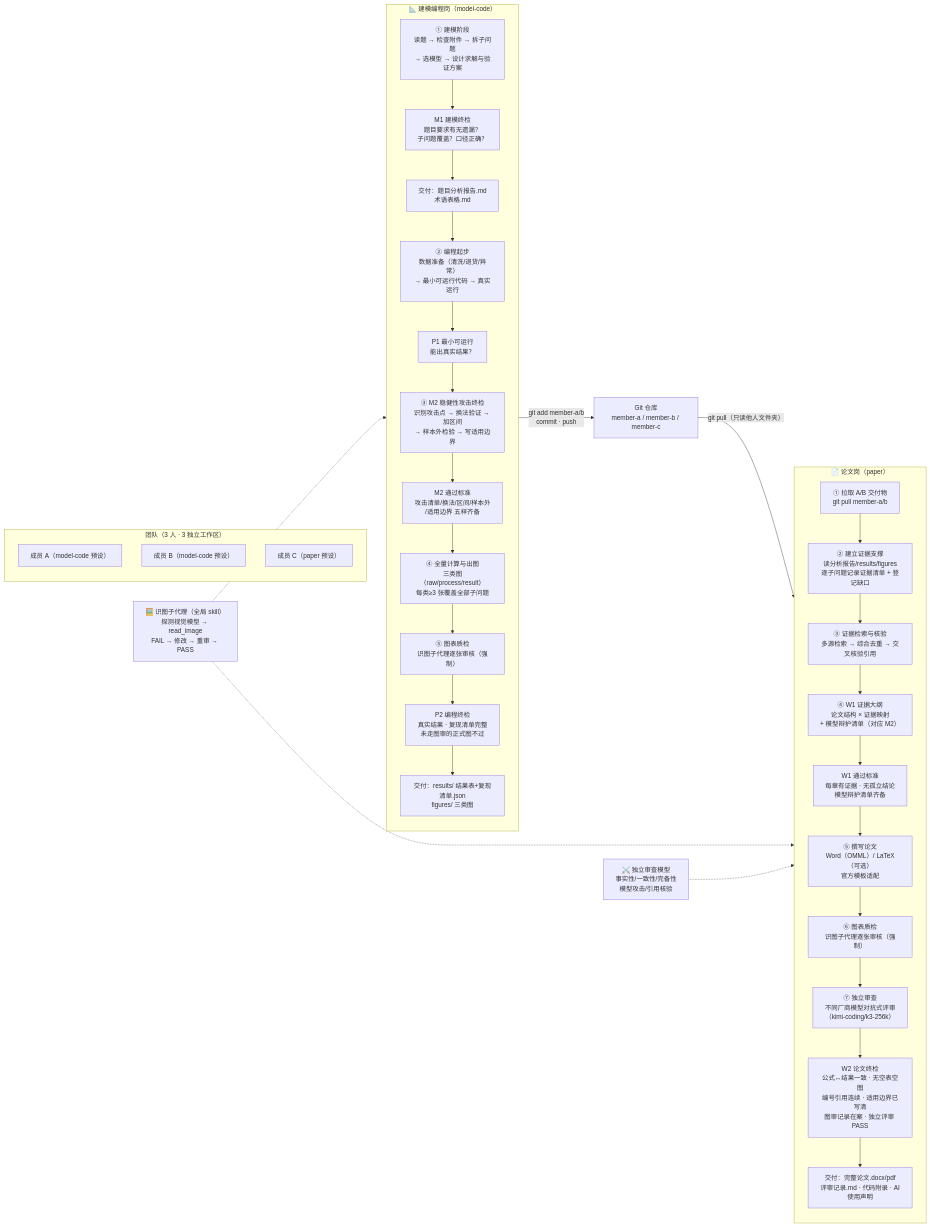
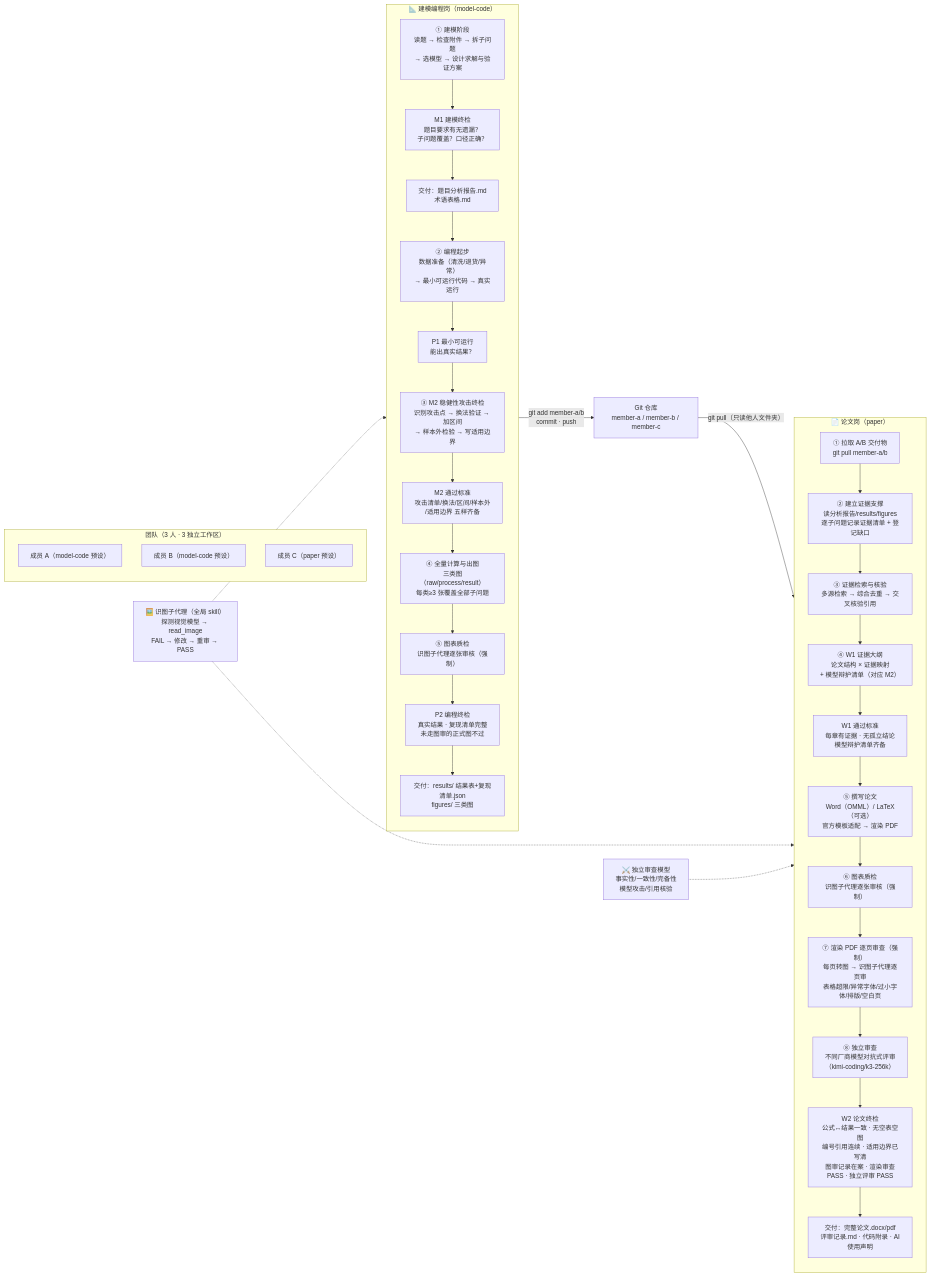
The diagram in README.md (OrinVoss/dsh-math-team), drawn with Mermaid before and after one commit. The commit also changed other lines of this file and 1 other file, not shown here.

Commit message:
docs: README 流程图/门禁表/贯穿能力补充渲染PDF逐页审查 (中英双语)

````diff
--- a/README.md
+++ b/README.md
@@ -106,48 +106,49 @@
 ```mermaid
 flowchart LR
     subgraph team["团队（3 人 · 3 独立工作区）"]
         direction TB
         A["成员 A（model-code 预设）"]
         B["成员 B（model-code 预设）"]
         C["成员 C（paper 预设）"]
     end
 
     subgraph mc["📐 建模编程岗（model-code）"]
         direction TB
         S1["① 建模阶段<br/>读题 → 检查附件 → 拆子问题<br/>→ 选模型 → 设计求解与验证方案"]
         G1["M1 建模终检<br/>题目要求有无遗漏？<br/>子问题覆盖？口径正确？"]
         D1["交付：题目分析报告.md<br/>术语表格.md"]
         S2["② 编程起步<br/>数据准备（清洗/退货/异常）<br/>→ 最小可运行代码 → 真实运行"]
         G2["P1 最小可运行<br/>能出真实结果？"]
         S3["③ M2 稳健性攻击终检<br/>识别攻击点 → 换法验证 → 加区间<br/>→ 样本外检验 → 写适用边界"]
         G3["M2 通过标准<br/>攻击清单/换法/区间/样本外<br/>/适用边界 五样齐备"]
         S4["④ 全量计算与出图<br/>三类图（raw/process/result）<br/>每类≥3 张覆盖全部子问题"]
         S5["⑤ 图表质检<br/>识图子代理逐张审核（强制）"]
         G4["P2 编程终检<br/>真实结果 · 复现清单完整<br/>未走图审的正式图不过"]
         D2["交付：results/ 结果表+复现清单.json<br/>figures/ 三类图"]
         S1 --> G1 --> D1 --> S2 --> G2 --> S3 --> G3 --> S4 --> S5 --> G4 --> D2
     end
 
     subgraph pp["📄 论文岗（paper）"]
         direction TB
         T1["① 拉取 A/B 交付物<br/>git pull member-a/b"]
         T2["② 建立证据支撑<br/>读分析报告/results/figures<br/>逐子问题记录证据清单 + 登记缺口"]
         T3["③ 证据检索与核验<br/>多源检索 → 综合去重 → 交叉核验引用"]
         T4["④ W1 证据大纲<br/>论文结构 × 证据映射<br/>+ 模型辩护清单（对应 M2）"]
         G5["W1 通过标准<br/>每章有证据 · 无孤立结论<br/>模型辩护清单齐备"]
-        T5["⑤ 撰写论文<br/>Word（OMML）/ LaTeX（可选）<br/>官方模板适配"]
+        T5["⑤ 撰写论文<br/>Word（OMML）/ LaTeX（可选）<br/>官方模板适配 → 渲染 PDF"]
         T6["⑥ 图表质检<br/>识图子代理逐张审核（强制）"]
-        T7["⑦ 独立审查<br/>不同厂商模型对抗式评审<br/>（kimi-coding/k3-256k）"]
-        G6["W2 论文终检<br/>公式↔结果一致 · 无空表空图<br/>编号引用连续 · 适用边界已写清<br/>图审记录在案 · 独立评审 PASS"]
+        T6b["⑦ 渲染 PDF 逐页审查（强制）<br/>每页转图 → 识图子代理逐页审<br/>表格超限/异常字体/过小字体/排版/空白页"]
+        T7["⑧ 独立审查<br/>不同厂商模型对抗式评审<br/>（kimi-coding/k3-256k）"]
+        G6["W2 论文终检<br/>公式↔结果一致 · 无空表空图<br/>编号引用连续 · 适用边界已写清<br/>图审记录在案 · 渲染审查PASS · 独立评审 PASS"]
         D3["交付：完整论文.docx/pdf<br/>评审记录.md · 代码附录 · AI使用声明"]
-        T1 --> T2 --> T3 --> T4 --> G5 --> T5 --> T6 --> T7 --> G6 --> D3
+        T1 --> T2 --> T3 --> T4 --> G5 --> T5 --> T6 --> T6b --> T7 --> G6 --> D3
     end
 
     D2 -->|"git add member-a/b<br/>commit · push"| REPO["Git 仓库<br/>member-a / member-b / member-c"]
     REPO -->|"git pull（只读他人文件夹）"| T1
     V1["🖼️ 识图子代理（全局 skill）<br/>探测视觉模型 → read_image<br/>FAIL → 修改 → 重审 → PASS"]
     V2["⚔️ 独立审查模型<br/>事实性/一致性/完备性<br/>模型攻击/引用核验"]
     V1 -.-> S5
     V1 -.-> T6
     V2 -.-> T7
 ```
````
